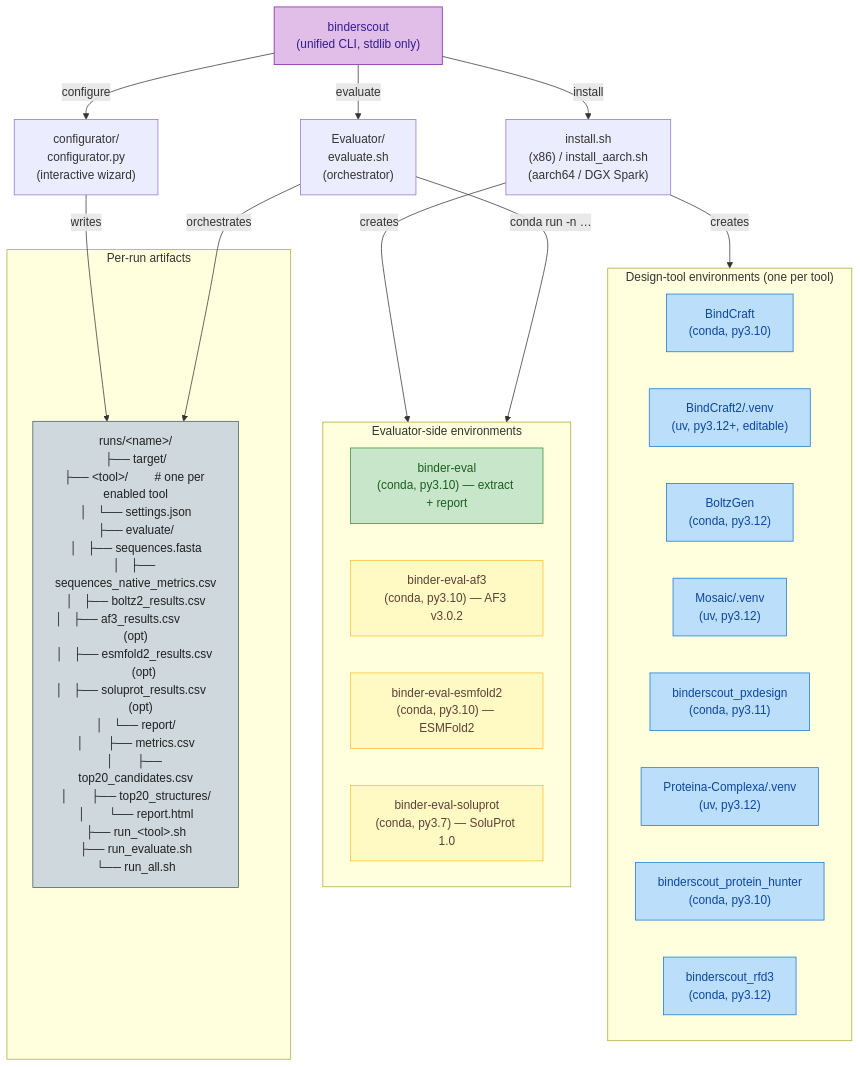
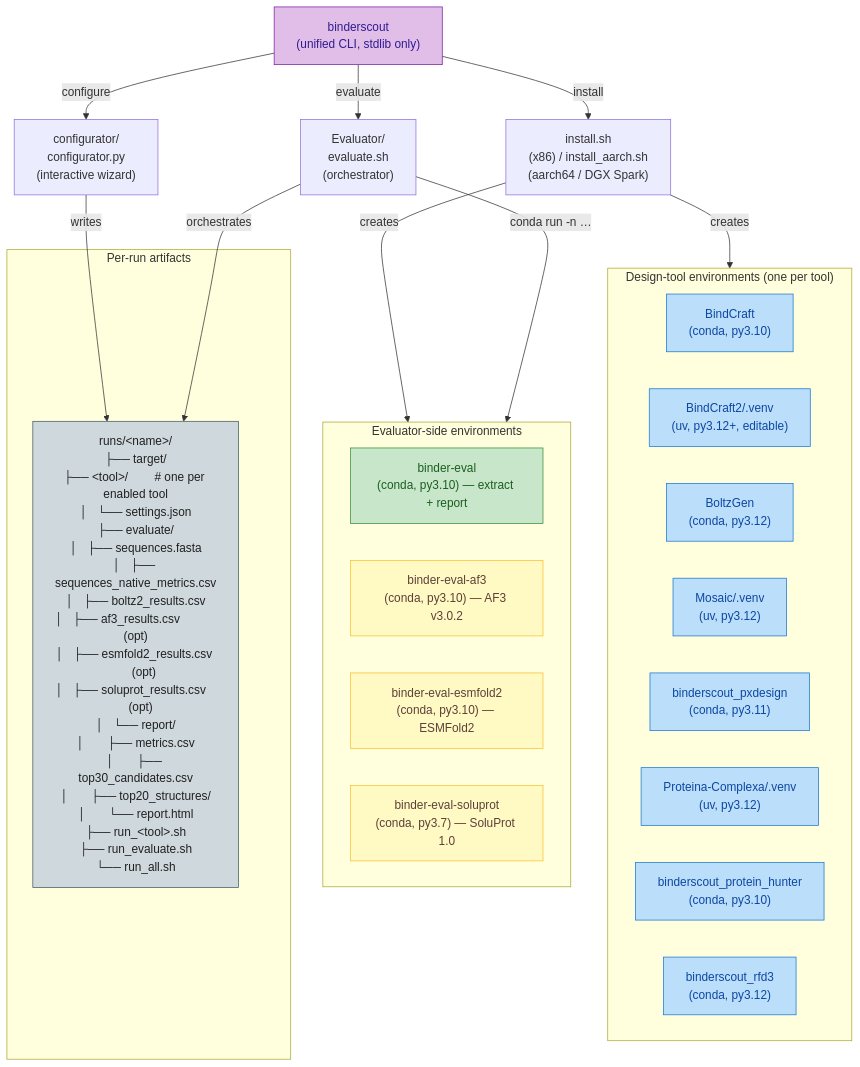
One commit to damborik22/BinderScout changed the second of 2 diagrams in README.md. Above: the diagram before and after it, drawn with Mermaid. The commit also changed other lines of this file and 6 other files, not shown here.

````diff
--- a/README.md
+++ b/README.md
@@ -118,42 +118,42 @@
 ```mermaid
 flowchart TB
     classDef gen fill:#bbdefb,stroke:#1976d2,color:#0d47a1
     classDef eng fill:#c8e6c9,stroke:#388e3c,color:#1b5e20
     classDef opt fill:#fff9c4,stroke:#fbc02d,color:#5d4037
     classDef cli fill:#e1bee7,stroke:#7b1fa2,color:#311b92
     classDef arti fill:#cfd8dc,stroke:#455a64,color:#212121
 
     CLI["binderscout\n(unified CLI, stdlib only)"]:::cli
 
     CLI -->|install| InstallSh["install.sh\n(x86) / install_aarch.sh\n(aarch64 / DGX Spark)"]
     CLI -->|configure| Configurator["configurator/\nconfigurator.py\n(interactive wizard)"]
     CLI -->|evaluate| EvaluateSh["Evaluator/\nevaluate.sh\n(orchestrator)"]
 
     subgraph GenEnvs["Design-tool environments (one per tool)"]
         EnvBC["BindCraft<br/>(conda, py3.10)"]:::gen
         EnvBC2["BindCraft2/.venv<br/>(uv, py3.12+, editable)"]:::gen
         EnvBG["BoltzGen<br/>(conda, py3.12)"]:::gen
         EnvMo["Mosaic/.venv<br/>(uv, py3.12)"]:::gen
         EnvPX["binderscout_pxdesign<br/>(conda, py3.11)"]:::gen
         EnvPC["Proteina-Complexa/.venv<br/>(uv, py3.12)"]:::gen
         EnvPH["binderscout_protein_hunter<br/>(conda, py3.10)"]:::gen
         EnvRF["binderscout_rfd3<br/>(conda, py3.12)"]:::gen
     end
 
     subgraph EvalEnvs["Evaluator-side environments"]
         EnvEv["binder-eval<br/>(conda, py3.10) — extract + report"]:::eng
         EnvAF3["binder-eval-af3<br/>(conda, py3.10) — AF3 v3.0.2"]:::opt
         EnvESM["binder-eval-esmfold2<br/>(conda, py3.10) — ESMFold2"]:::opt
         EnvSP["binder-eval-soluprot<br/>(conda, py3.7) — SoluProt 1.0"]:::opt
     end
 
     subgraph Artifacts["Per-run artifacts"]
-        Runs["runs/&lt;name&gt;/\n├── target/\n├── &lt;tool&gt;/        # one per enabled tool\n│   └── settings.json\n├── evaluate/\n│   ├── sequences.fasta\n│   ├── sequences_native_metrics.csv\n│   ├── boltz2_results.csv\n│   ├── af3_results.csv           (opt)\n│   ├── esmfold2_results.csv      (opt)\n│   ├── soluprot_results.csv      (opt)\n│   └── report/\n│       ├── metrics.csv\n│       ├── top20_candidates.csv\n│       ├── top20_structures/\n│       └── report.html\n├── run_&lt;tool&gt;.sh\n├── run_evaluate.sh\n└── run_all.sh"]:::arti
+        Runs["runs/&lt;name&gt;/\n├── target/\n├── &lt;tool&gt;/        # one per enabled tool\n│   └── settings.json\n├── evaluate/\n│   ├── sequences.fasta\n│   ├── sequences_native_metrics.csv\n│   ├── boltz2_results.csv\n│   ├── af3_results.csv           (opt)\n│   ├── esmfold2_results.csv      (opt)\n│   ├── soluprot_results.csv      (opt)\n│   └── report/\n│       ├── metrics.csv\n│       ├── top30_candidates.csv\n│       ├── top20_structures/\n│       └── report.html\n├── run_&lt;tool&gt;.sh\n├── run_evaluate.sh\n└── run_all.sh"]:::arti
     end
 
     InstallSh -->|creates| GenEnvs
     InstallSh -->|creates| EvalEnvs
     Configurator -->|writes| Runs
     EvaluateSh -->|orchestrates| Runs
     EvaluateSh -->|conda run -n …| EvalEnvs
 ```
````
